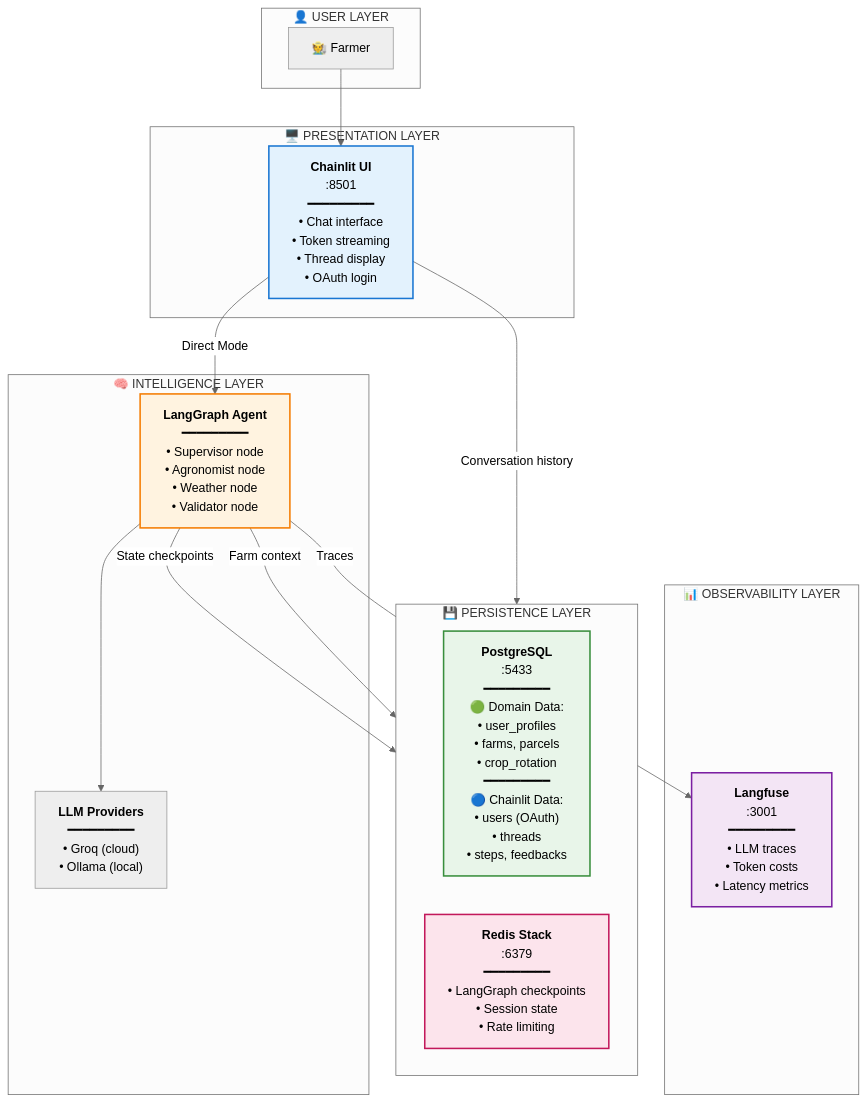
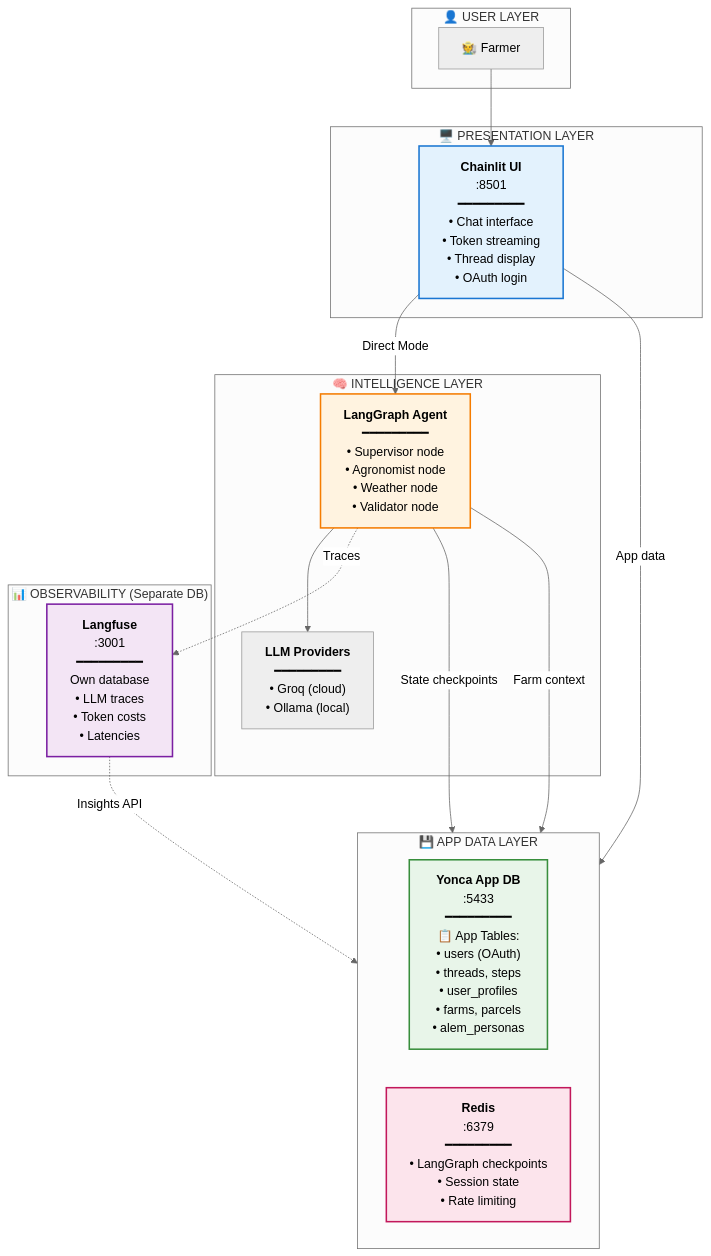
The first of 3 diagrams in docs/zekalab/03-ARCHITECTURE.md (Px8Studio/yonja), drawn with Mermaid before and after one commit. The commit also changed other lines of this file and 1 other file, not shown here.

Commit message:
feat: Update architecture documentation to clarify data layers and observability components

````diff
--- a/docs/zekalab/03-ARCHITECTURE.md
+++ b/docs/zekalab/03-ARCHITECTURE.md
@@ -9,40 +9,41 @@
 ```mermaid
 %%{init: {'theme': 'neutral'}}%%
 flowchart TB
     subgraph user["👤 USER LAYER"]
         farmer["🧑‍🌾 Farmer"]
     end
 
     subgraph ui["🖥️ PRESENTATION LAYER"]
         chainlit["<b>Chainlit UI</b><br/>:8501<br/>━━━━━━━━━<br/>• Chat interface<br/>• Token streaming<br/>• Thread display<br/>• OAuth login"]
     end
 
     subgraph brain["🧠 INTELLIGENCE LAYER"]
         langgraph["<b>LangGraph Agent</b><br/>━━━━━━━━━<br/>• Supervisor node<br/>• Agronomist node<br/>• Weather node<br/>• Validator node"]
         llm["<b>LLM Providers</b><br/>━━━━━━━━━<br/>• Groq (cloud)<br/>• Ollama (local)"]
     end
 
-    subgraph data["💾 PERSISTENCE LAYER"]
+    subgraph data["💾 APP DATA LAYER"]
         direction LR
-        postgres["<b>PostgreSQL</b><br/>:5433<br/>━━━━━━━━━<br/>🟢 Domain Data:<br/>• user_profiles<br/>• farms, parcels<br/>• crop_rotation<br/>━━━━━━━━━<br/>🔵 Chainlit Data:<br/>• users (OAuth)<br/>• threads<br/>• steps, feedbacks"]
-        redis["<b>Redis Stack</b><br/>:6379<br/>━━━━━━━━━<br/>• LangGraph checkpoints<br/>• Session state<br/>• Rate limiting"]
+        postgres["<b>Yonca App DB</b><br/>:5433<br/>━━━━━━━━━<br/>📋 App Tables:<br/>• users (OAuth)<br/>• threads, steps<br/>• user_profiles<br/>• farms, parcels<br/>• alem_personas"]
+        redis["<b>Redis</b><br/>:6379<br/>━━━━━━━━━<br/>• LangGraph checkpoints<br/>• Session state<br/>• Rate limiting"]
     end
 
-    subgraph observe["📊 OBSERVABILITY LAYER"]
-        langfuse["<b>Langfuse</b><br/>:3001<br/>━━━━━━━━━<br/>• LLM traces<br/>• Token costs<br/>• Latency metrics"]
+    subgraph observe["📊 OBSERVABILITY (Separate DB)"]
+        langfuse["<b>Langfuse</b><br/>:3001<br/>━━━━━━━━━<br/>Own database<br/>• LLM traces<br/>• Token costs<br/>• Latencies"]
     end
 
     farmer --> chainlit
     chainlit --> |"Direct Mode"| langgraph
     langgraph --> llm
     langgraph --> |"State checkpoints"| redis
-    chainlit --> |"Conversation history"| postgres
+    chainlit --> |"App data"| postgres
     langgraph --> |"Farm context"| postgres
-    langgraph --> |"Traces"| langfuse
+    langgraph -.-> |"Traces"| langfuse
+    langfuse -.-> |"Insights API"| postgres
 
     style chainlit fill:#e3f2fd,stroke:#1976d2,stroke-width:2px
     style langgraph fill:#fff3e0,stroke:#f57c00,stroke-width:2px
     style postgres fill:#e8f5e9,stroke:#388e3c,stroke-width:2px
     style redis fill:#fce4ec,stroke:#c2185b,stroke-width:2px
     style langfuse fill:#f3e5f5,stroke:#7b1fa2,stroke-width:2px
 ```
````
